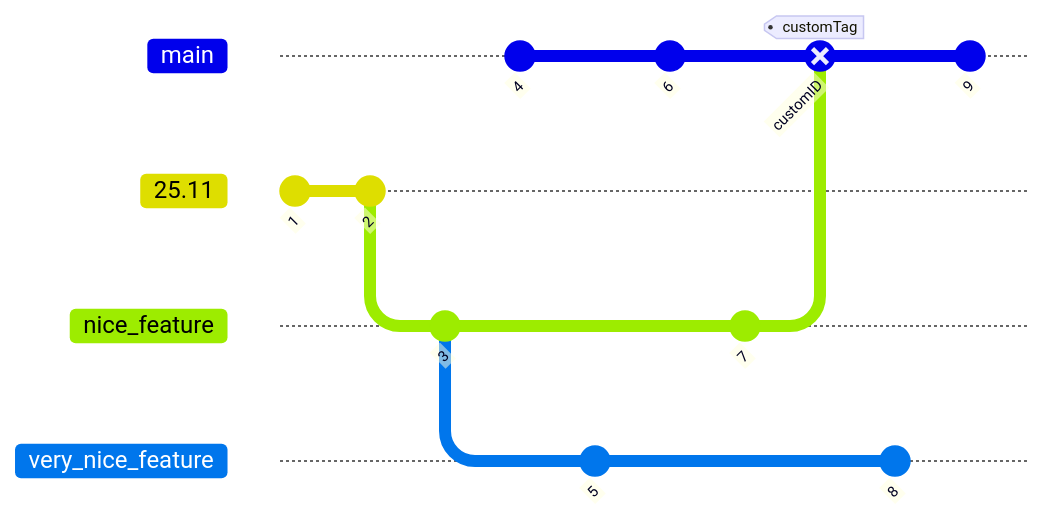
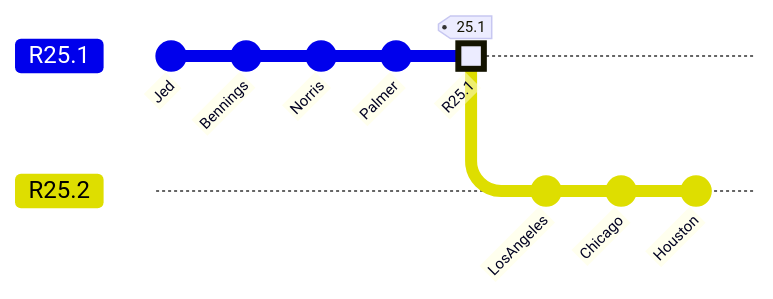
One commit to spectrum-health-systems/tingen-documentation changed the third of 3 diagrams in dev/development-timeline.md. Above: the diagram before and after it, drawn with Mermaid. The commit also changed other lines of this file, not shown here.

````diff
--- a/dev/development-timeline.md
+++ b/dev/development-timeline.md
@@ -57,25 +79,19 @@
 ```mermaid
+---
+config:
+  gitGraph:
+    showBranches: true
+    showCommitLabel: true
+    mainBranchName: 'R25.1'
+---
 gitGraph
-       branch "25.11"
-       commit id: "1"
-       commit id: "2"
-       branch nice_feature
-       checkout nice_feature
-       commit id: "3"
-       checkout main
-       commit id: "4"
-       checkout nice_feature
-       branch very_nice_feature
-       checkout very_nice_feature
-       commit id: "5"
-       checkout main
-       commit id: "6"
-       checkout nice_feature
-       commit id: "7"
-       checkout main
-       merge nice_feature id: "customID" tag: "customTag" type: REVERSE
-       checkout very_nice_feature
-       commit id: "8"
-       checkout main
-       commit id: "9"
+        commit id:"Jed"
+        commit id:"Bennings"
+        commit id:"Norris"
+        commit id:"Palmer"
+        commit type: HIGHLIGHT id:"R25.1" tag:"25.1"
+        branch R25.2
+        commit id:"LosAngeles"
+        commit id:"Chicago"
+        commit id:"Houston"
 ```
````
